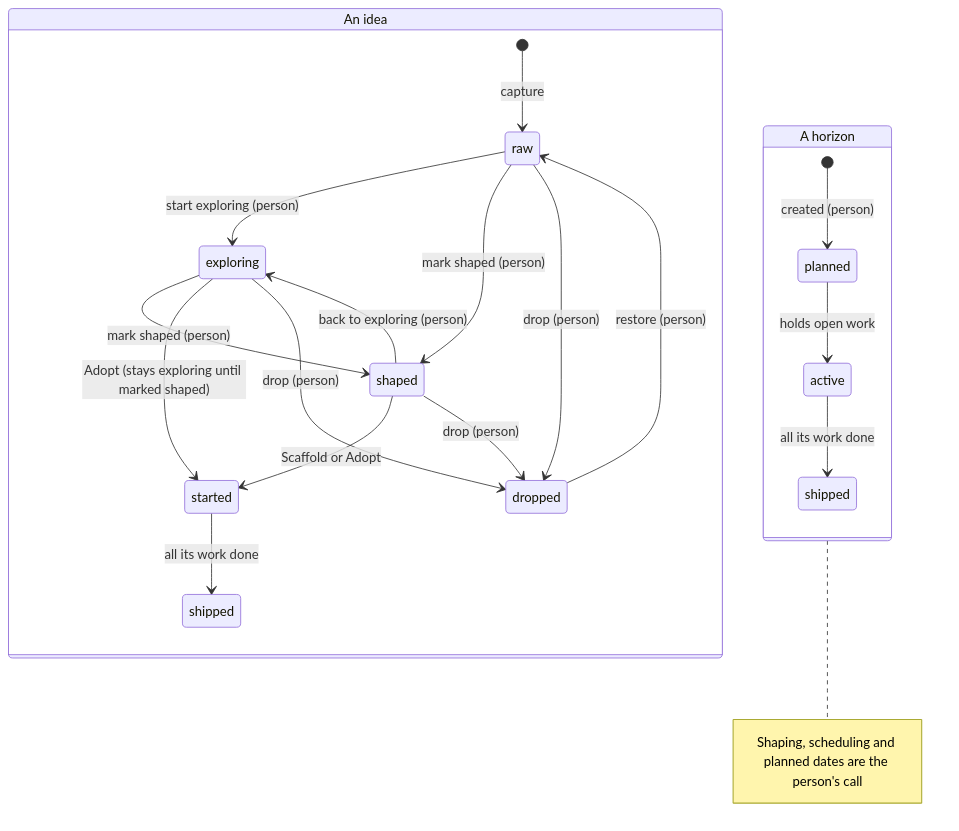
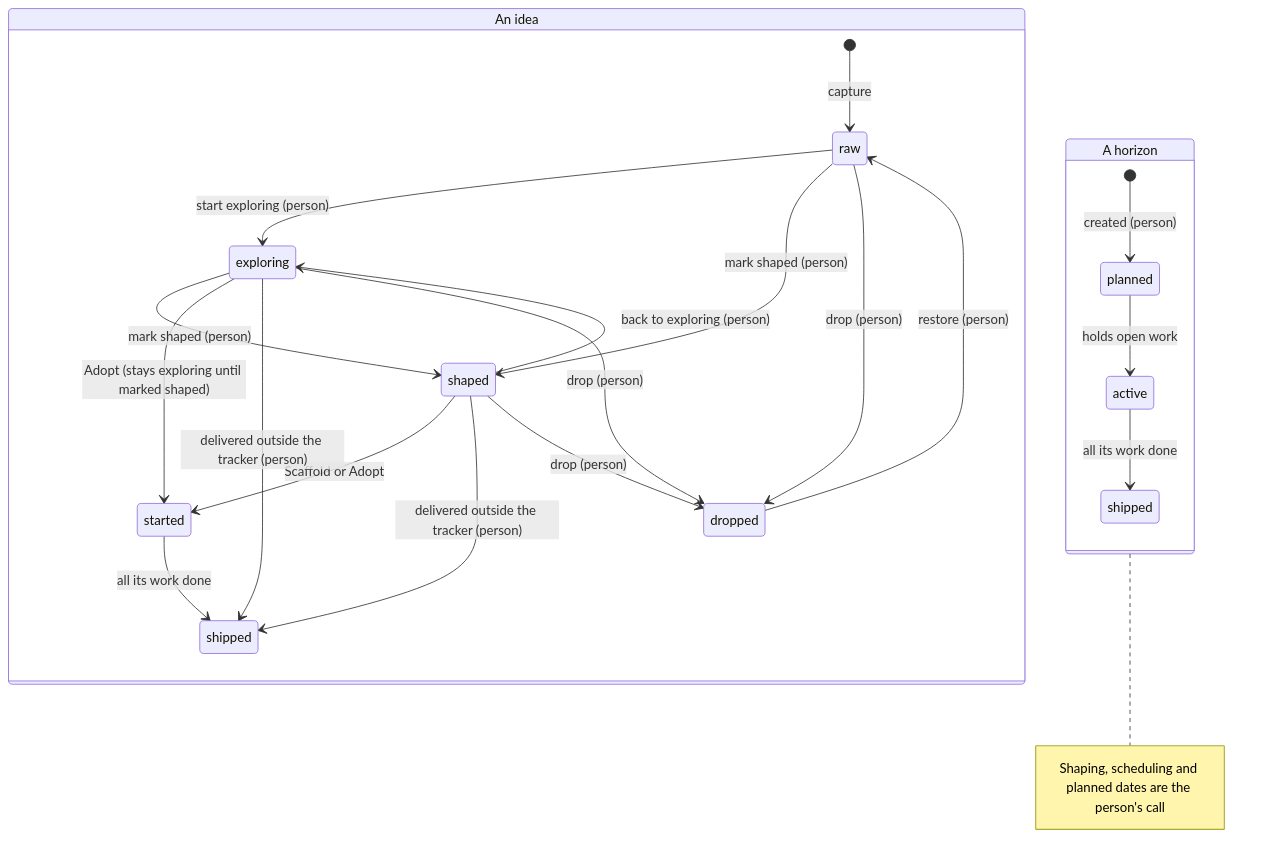
The diagram in docs/plan.md (vpetkovic/staple-tracker), drawn with Mermaid before and after one commit. The commit also changed other lines of this file and 5 other files, not shown here.

First line of the commit message:
docs(plan): describe the mark for work delivered outside the tracker

````diff
--- a/docs/plan.md
+++ b/docs/plan.md
@@ -31,28 +31,30 @@
 ```mermaid
 stateDiagram-v2
     state "An idea" as idea {
         [*] --> raw: capture
         raw --> exploring: start exploring (person)
         raw --> shaped: mark shaped (person)
         exploring --> shaped: mark shaped (person)
         shaped --> exploring: back to exploring (person)
         shaped --> started: Scaffold or Adopt
         exploring --> started: Adopt (stays exploring until marked shaped)
         started --> shipped: all its work done
+        exploring --> shipped: delivered outside the tracker (person)
+        shaped --> shipped: delivered outside the tracker (person)
         raw --> dropped: drop (person)
         exploring --> dropped: drop (person)
         shaped --> dropped: drop (person)
         dropped --> raw: restore (person)
     }
     state "A horizon" as horizon {
         state "planned" as h_planned
         state "active" as h_active
         state "shipped" as h_shipped
         [*] --> h_planned: created (person)
         h_planned --> h_active: holds open work
         h_active --> h_shipped: all its work done
     }
     note right of horizon
         Shaping, scheduling and planned dates are the person's call
     end note
 ```
````
